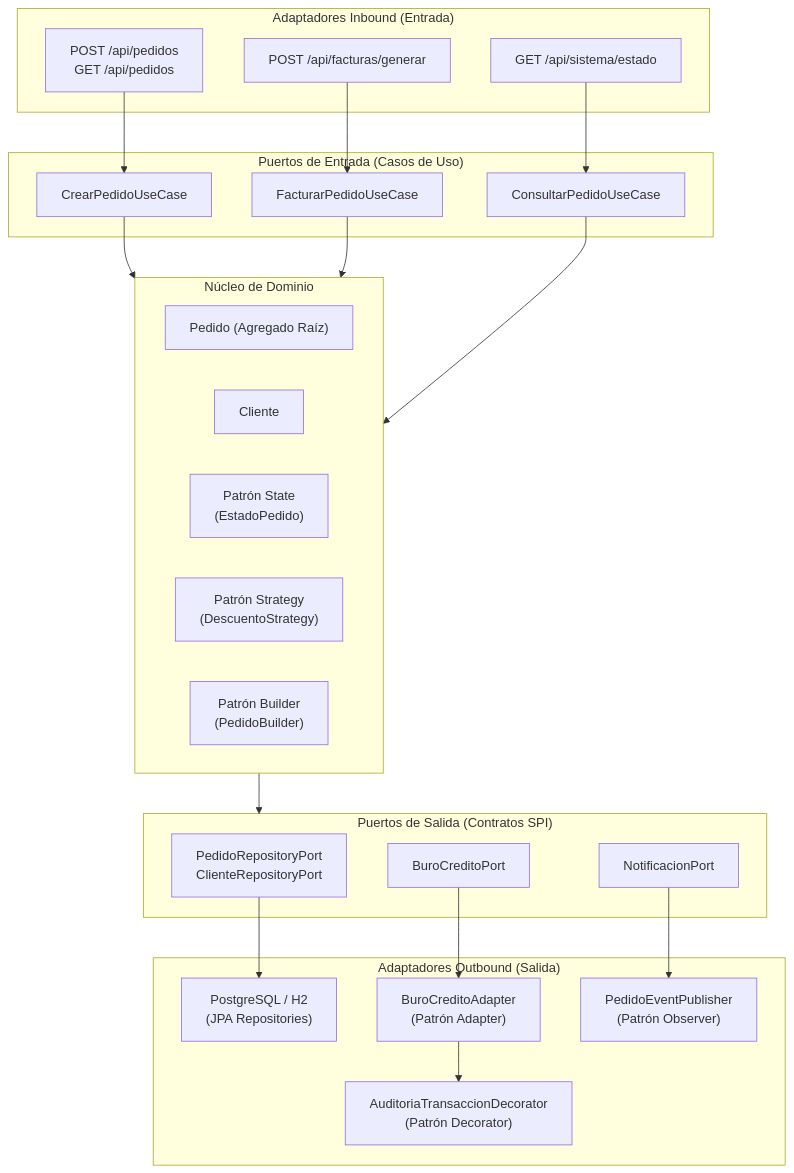
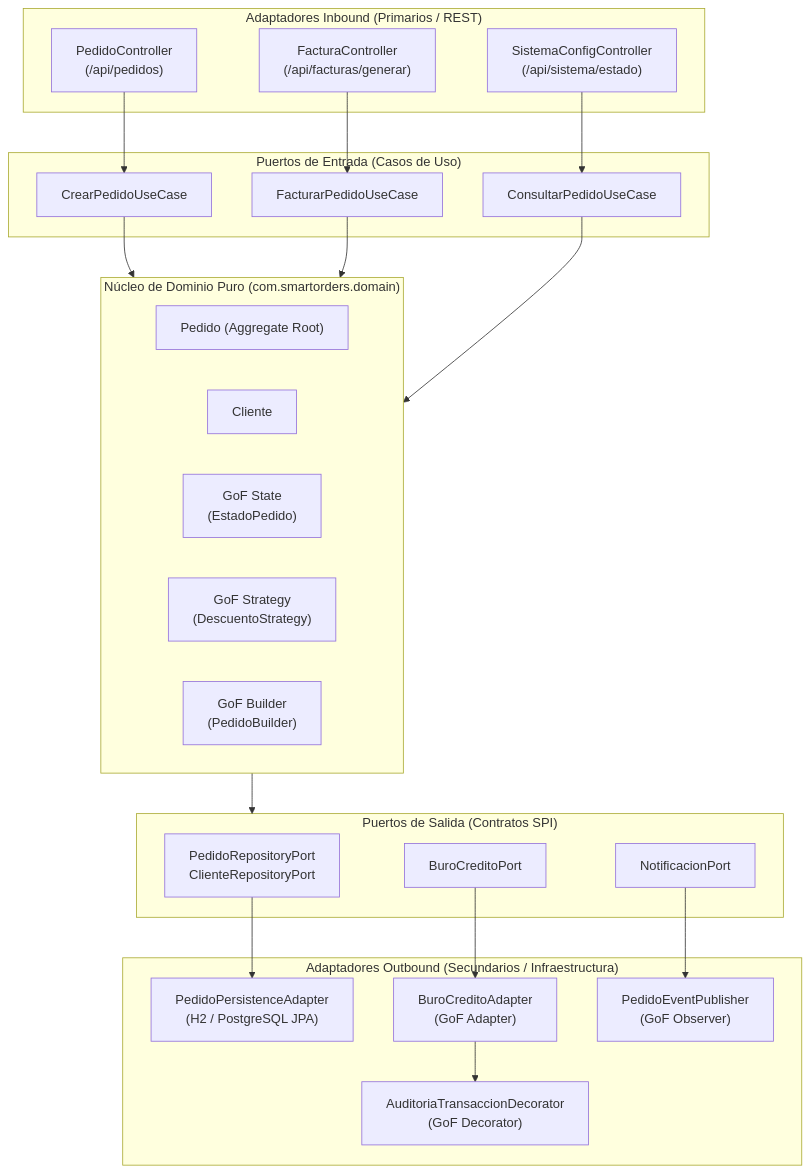
The diagram in README.md (MiguelMEAC/Patrones-software-Miguel.A), drawn with Mermaid before and after one commit. The commit also changed other lines of this file and 2 other files, not shown here.

````diff
--- a/README.md
+++ b/README.md
@@ -79,49 +82,49 @@
 ```mermaid
 flowchart TD
-    subgraph Driving_Adapters ["Adaptadores Inbound (Entrada)"]
-        REST_Pedidos["POST /api/pedidos\nGET /api/pedidos"]
-        REST_Facturas["POST /api/facturas/generar"]
-        REST_Config["GET /api/sistema/estado"]
+    subgraph Driving_Adapters ["Adaptadores Inbound (Primarios / REST)"]
+        REST_Pedidos["PedidoController\n(/api/pedidos)"]
+        REST_Facturas["FacturaController\n(/api/facturas/generar)"]
+        REST_Config["SistemaConfigController\n(/api/sistema/estado)"]
     end
 
     subgraph Ports_In ["Puertos de Entrada (Casos de Uso)"]
         CU_Crear["CrearPedidoUseCase"]
         CU_Consultar["ConsultarPedidoUseCase"]
         CU_Facturar["FacturarPedidoUseCase"]
     end
 
-    subgraph Domain_Core ["Núcleo de Dominio"]
-        Ent_Pedido["Pedido (Agregado Raíz)"]
+    subgraph Domain_Core ["Núcleo de Dominio Puro (com.smartorders.domain)"]
+        Ent_Pedido["Pedido (Aggregate Root)"]
         Ent_Cliente["Cliente"]
-        Patron_State["Patrón State\n(EstadoPedido)"]
-        Patron_Strategy["Patrón Strategy\n(DescuentoStrategy)"]
-        Patron_Builder["Patrón Builder\n(PedidoBuilder)"]
+        Patron_State["GoF State\n(EstadoPedido)"]
+        Patron_Strategy["GoF Strategy\n(DescuentoStrategy)"]
+        Patron_Builder["GoF Builder\n(PedidoBuilder)"]
     end
 
     subgraph Ports_Out ["Puertos de Salida (Contratos SPI)"]
         Port_Repo["PedidoRepositoryPort\nClienteRepositoryPort"]
         Port_Buro["BuroCreditoPort"]
         Port_Notif["NotificacionPort"]
     end
 
-    subgraph Driven_Adapters ["Adaptadores Outbound (Salida)"]
-        JPA_Postgres["PostgreSQL / H2\n(JPA Repositories)"]
-        Legacy_Buro["BuroCreditoAdapter\n(Patrón Adapter)"]
-        Decorator_Audit["AuditoriaTransaccionDecorator\n(Patrón Decorator)"]
-        Observer_Events["PedidoEventPublisher\n(Patrón Observer)"]
+    subgraph Driven_Adapters ["Adaptadores Outbound (Secundarios / Infraestructura)"]
+        JPA_Postgres["PedidoPersistenceAdapter\n(H2 / PostgreSQL JPA)"]
+        Legacy_Buro["BuroCreditoAdapter\n(GoF Adapter)"]
+        Decorator_Audit["AuditoriaTransaccionDecorator\n(GoF Decorator)"]
+        Observer_Events["PedidoEventPublisher\n(GoF Observer)"]
     end
 
     REST_Pedidos --> CU_Crear
     REST_Facturas --> CU_Facturar
     REST_Config --> CU_Consultar
 
     CU_Crear --> Domain_Core
     CU_Facturar --> Domain_Core
     CU_Consultar --> Domain_Core
 
     Domain_Core --> Ports_Out
     Port_Repo --> JPA_Postgres
     Port_Buro --> Legacy_Buro
     Legacy_Buro --> Decorator_Audit
     Port_Notif --> Observer_Events
 ```
````
